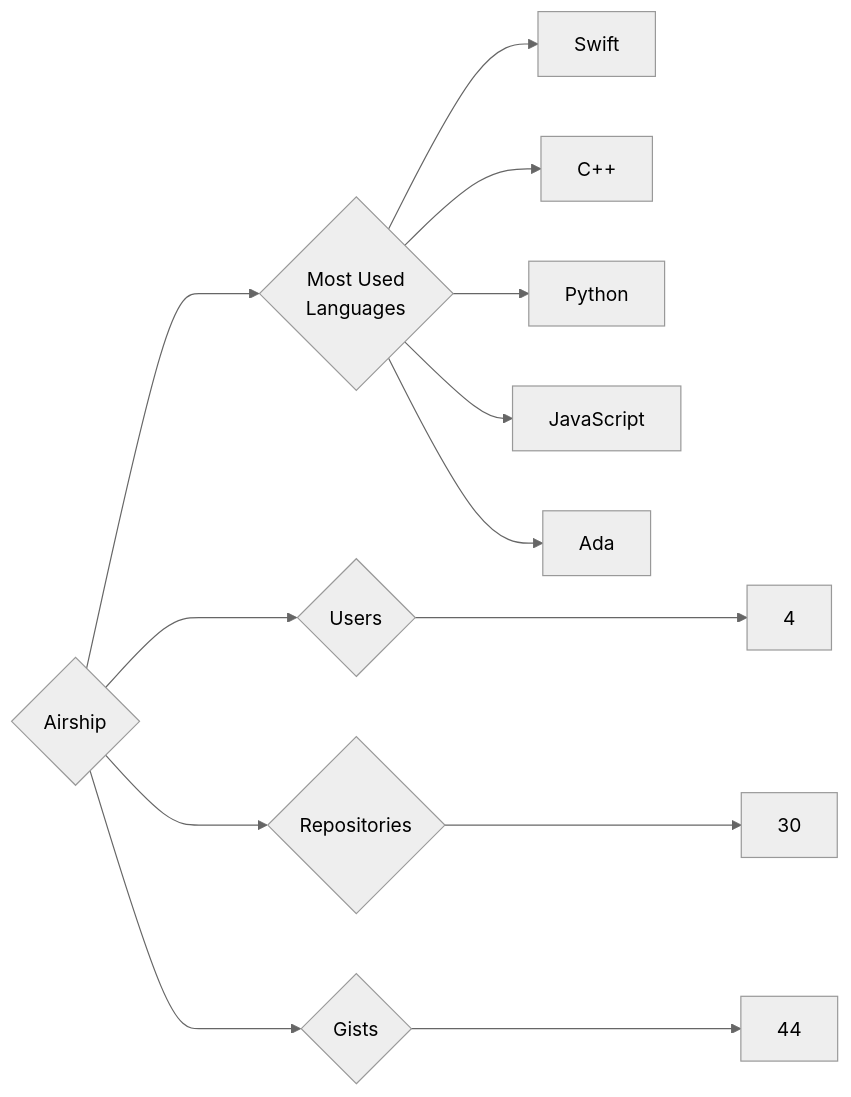
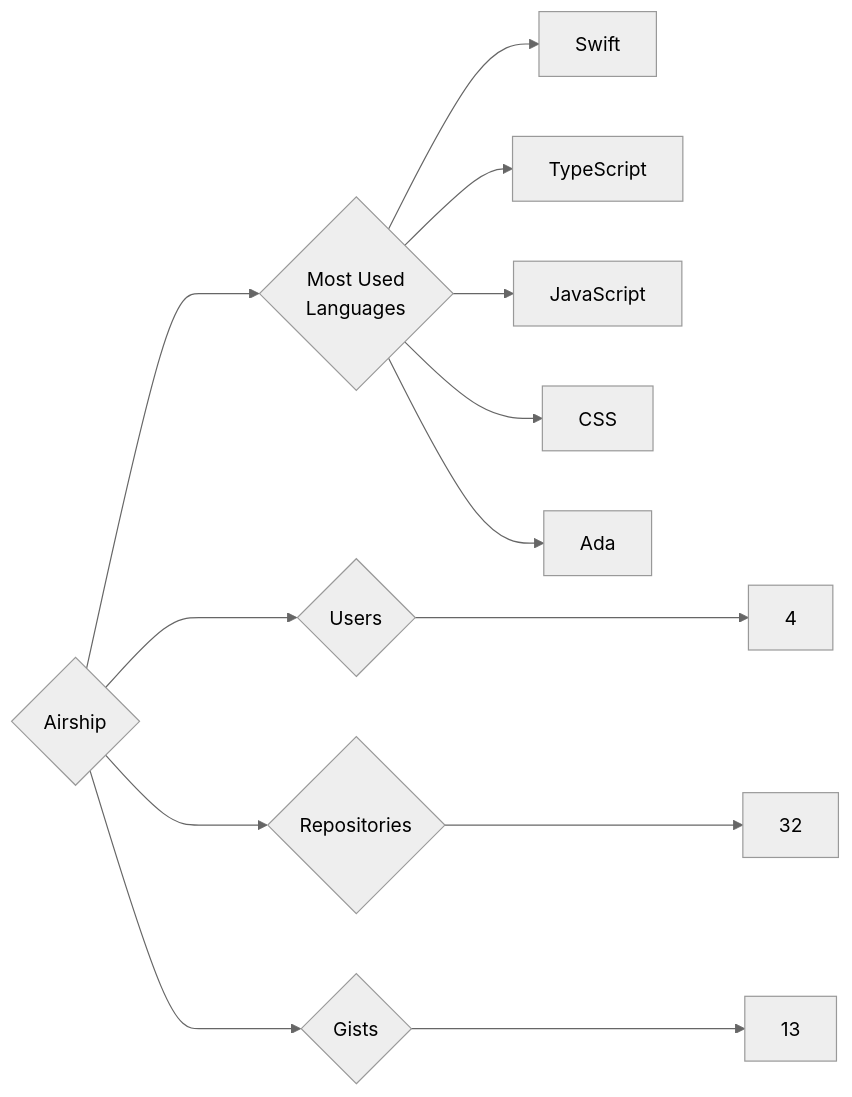
Before and after one commit to trickest/insiders: the diagram in targets/Airship/README.md, drawn with Mermaid (neutral theme). The commit also changed 1088 other files, not shown here.

````diff
--- a/targets/Airship/README.md
+++ b/targets/Airship/README.md
@@ -3,13 +3,13 @@
 ```mermaid
 graph LR
 COMPANY_NAME{Airship}
 COMPANY_NAME ---> U{Users} ---> UN[4]
-COMPANY_NAME ---> R{Repositories} ---> RN[30]
-COMPANY_NAME ---> G{Gists} ---> GN[44]
+COMPANY_NAME ---> R{Repositories} ---> RN[32]
+COMPANY_NAME ---> G{Gists} ---> GN[13]
 COMPANY_NAME ---> ML{Most Used<br>Languages}
 ML --> Swift[Swift]
-ML --> C++[C++]
-ML --> Python[Python]
+ML --> TypeScript[TypeScript]
 ML --> JavaScript[JavaScript]
+ML --> CSS[CSS]
 ML --> Ada[Ada]
 ```
````
